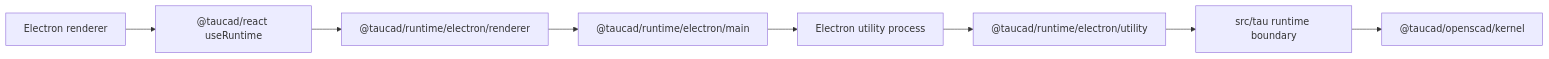
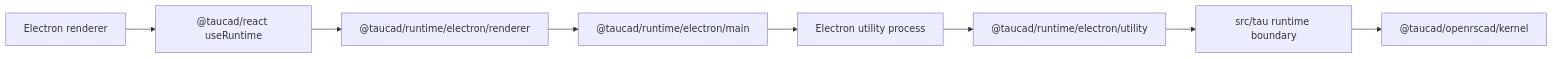
One commit to taucad/tau changed the diagram in examples/electron/README.md. Above: the diagram before and after it, drawn with Mermaid. The commit also changed other lines of this file and 120 other files, not shown here.

````diff
--- a/examples/electron/README.md
+++ b/examples/electron/README.md
@@ -37,10 +37,10 @@
 ```mermaid
 flowchart LR
   Renderer["Electron renderer"] --> Hook["@taucad/react useRuntime"]
   Hook --> Transport["@taucad/runtime/electron/renderer"]
   Transport --> Main["@taucad/runtime/electron/main"]
   Main --> Utility["Electron utility process"]
   Utility --> Host["@taucad/runtime/electron/utility"]
   Host --> Runtime["src/tau runtime boundary"]
-  Runtime --> Kernel["@taucad/openscad/kernel"]
+  Runtime --> Kernel["@taucad/openrscad/kernel"]
 ```
````
